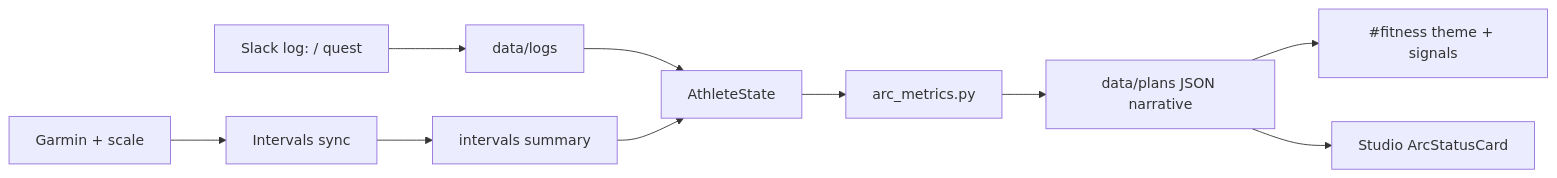
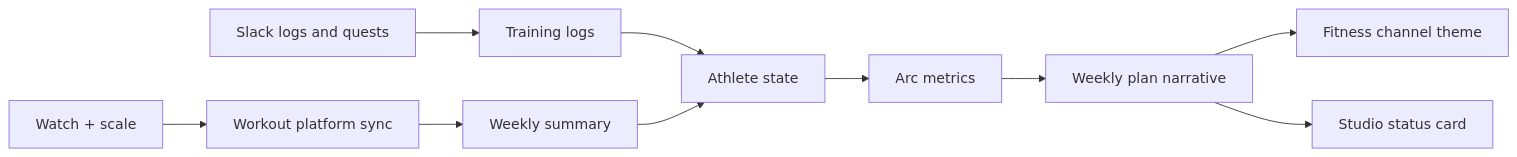
The diagram in src/content/writes/when-the-coach-got-gate-ranks.mdx (AlexTouvras/Orbit), drawn with Mermaid before and after one commit. The commit also changed other lines of this file and 6 other files, not shown here.

````diff
--- a/src/content/writes/when-the-coach-got-gate-ranks.mdx
+++ b/src/content/writes/when-the-coach-got-gate-ranks.mdx
@@ -37,12 +37,12 @@
 ```mermaid
 flowchart LR
-  Garmin[Garmin + scale] --> ICU[Intervals sync]
-  Slack[Slack log: / quest] --> Logs[data/logs]
-  ICU --> Summary[intervals summary]
-  Logs --> State[AthleteState]
+  Watch[Watch + scale] --> Sync[Workout platform sync]
+  Slack[Slack logs and quests] --> Logs[Training logs]
+  Sync --> Summary[Weekly summary]
+  Logs --> State[Athlete state]
   Summary --> State
-  State --> Arc[arc_metrics.py]
-  Arc --> Plan[data/plans JSON narrative]
-  Plan --> SlackUI[#fitness theme + signals]
-  Plan --> Orbit[Studio ArcStatusCard]
+  State --> Arc[Arc metrics]
+  Arc --> Plan[Weekly plan narrative]
+  Plan --> SlackUI[Fitness channel theme]
+  Plan --> Orbit[Studio status card]
 ```
````
